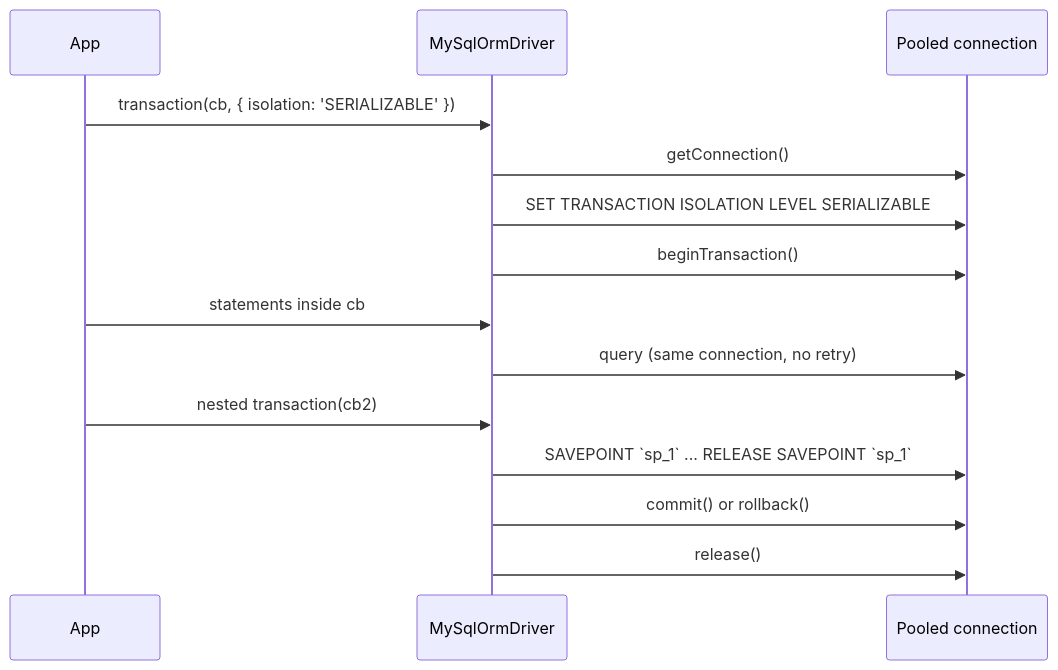
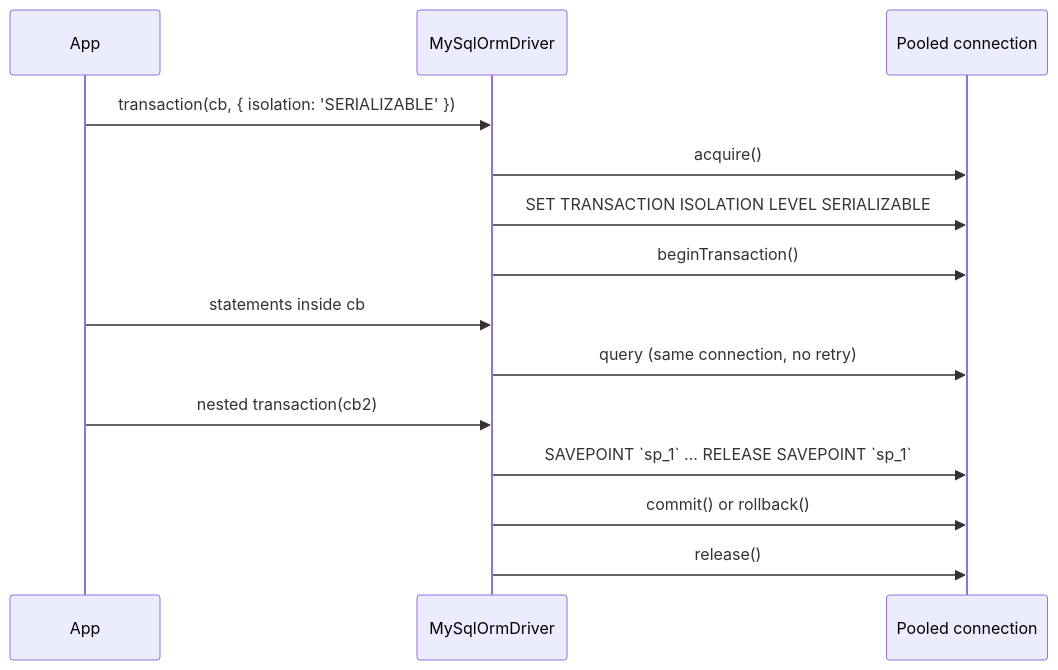
Before and after one commit to spinajs/main: the diagram in docs/orm-mysql/03-transactions.md, drawn with Mermaid. The commit also changed other lines of this file and 55 other files, not shown here.

````diff
--- a/docs/orm-mysql/03-transactions.md
+++ b/docs/orm-mysql/03-transactions.md
@@ -14,16 +14,16 @@
 ```mermaid
 sequenceDiagram
   participant App
   participant D as MySqlOrmDriver
   participant C as Pooled connection
   App->>D: transaction(cb, { isolation: 'SERIALIZABLE' })
-  D->>C: getConnection()
+  D->>C: acquire()
   D->>C: SET TRANSACTION ISOLATION LEVEL SERIALIZABLE
   D->>C: beginTransaction()
   App->>D: statements inside cb
   D->>C: query (same connection, no retry)
   App->>D: nested transaction(cb2)
   D->>C: SAVEPOINT `sp_1` ... RELEASE SAVEPOINT `sp_1`
   D->>C: commit() or rollback()
   D->>C: release()
 ```
````
